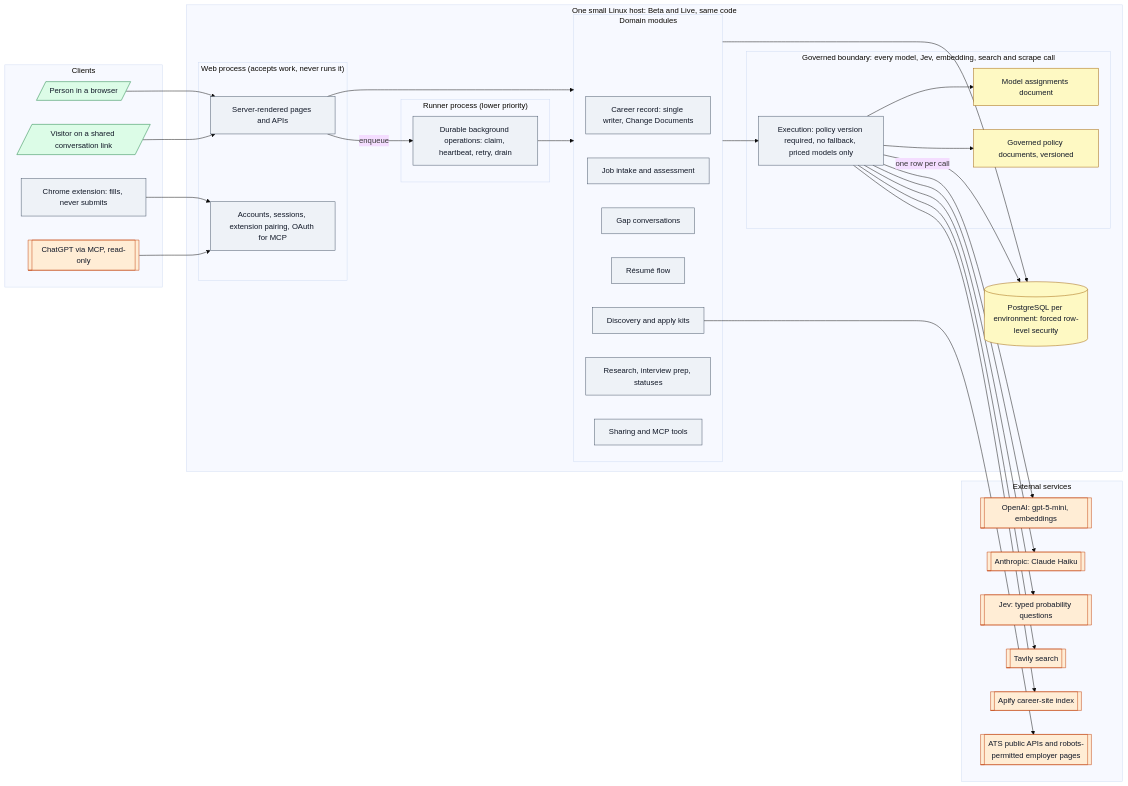
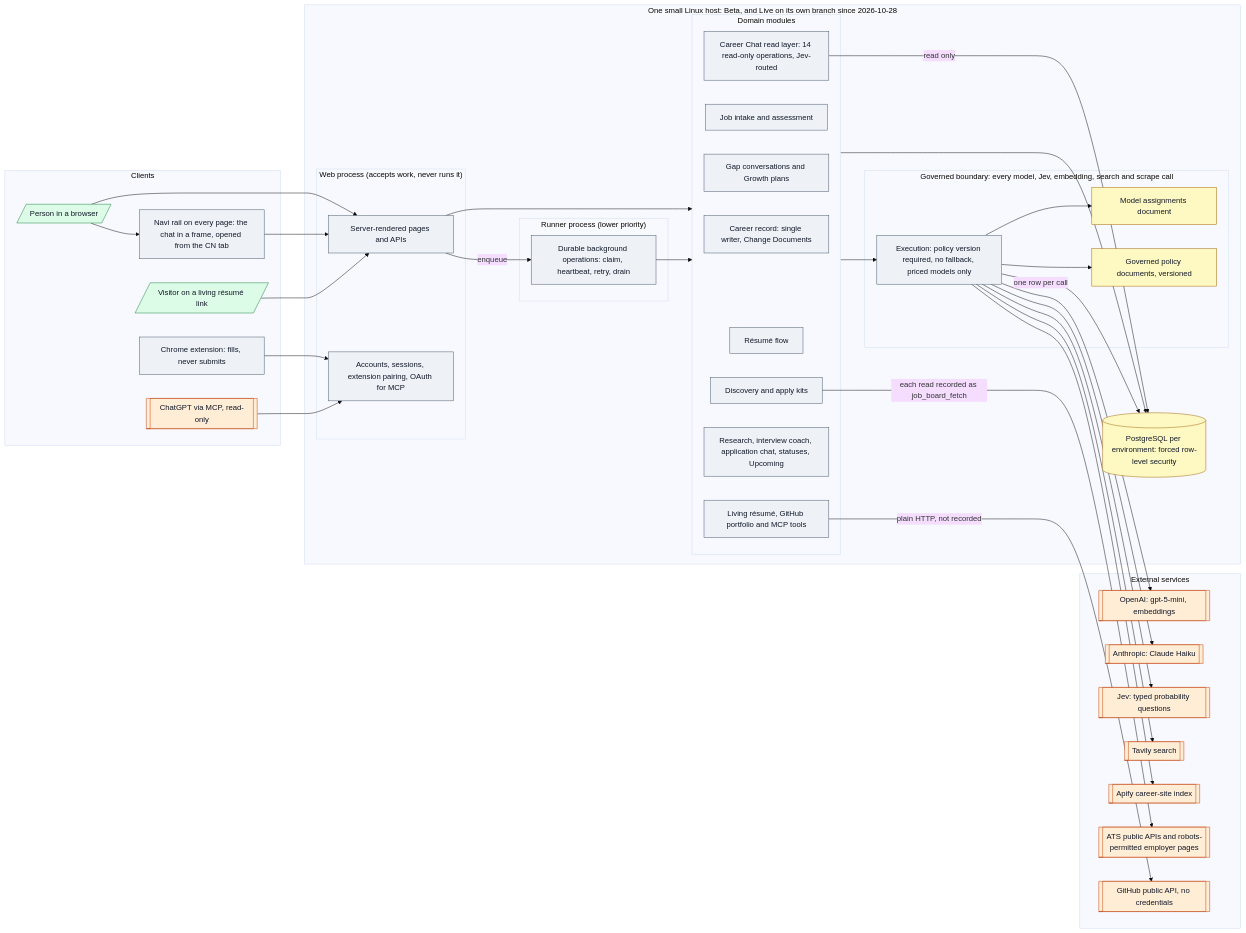
Before and after one commit to gabriellmortensen-a11y/career-navigator-portfolio: the diagram in architecture/01-components.md, drawn with Mermaid (base theme). The commit also changed other lines of this file and 63 other files, not shown here.

First line of the commit message:
Portfolio 2026.10.1: describes Live 00eac95 (2026-10-31)

````diff
--- a/architecture/01-components.md
+++ b/architecture/01-components.md
@@ -5,69 +5,76 @@
 ```mermaid
 flowchart LR
   subgraph Clients
     B[/Person in a browser/]:::human
+    RAIL["Navi rail on every page: the chat in a frame, opened from the CN tab"]:::det
     EXT[Chrome extension: fills, never submits]:::det
     GPT[[ChatGPT via MCP, read-only]]:::ext
-    VIS[/Visitor on a shared conversation link/]:::human
+    VIS[/Visitor on a living résumé link/]:::human
   end
 
-  subgraph Host["One small Linux host: Beta and Live, same code"]
+  subgraph Host["One small Linux host: Beta, and Live on its own branch since 2026-10-28"]
     subgraph Web["Web process (accepts work, never runs it)"]
       PAGES[Server-rendered pages and APIs]:::det
       AUTH[Accounts, sessions, extension pairing, OAuth for MCP]:::det
     end
     subgraph Runner["Runner process (lower priority)"]
       OPS[Durable background operations: claim, heartbeat, retry, drain]:::det
     end
     subgraph Domain["Domain modules"]
       REC[Career record: single writer, Change Documents]:::det
       JOB[Job intake and assessment]:::det
-      GAP[Gap conversations]:::det
+      GAP[Gap conversations and Growth plans]:::det
+      READS["Career Chat read layer: 14 read-only operations, Jev-routed"]:::det
       RES[Résumé flow]:::det
       DIS[Discovery and apply kits]:::det
-      JRN[Research, interview prep, statuses]:::det
-      SHR[Sharing and MCP tools]:::det
+      JRN[Research, interview coach, application chat, statuses, Upcoming]:::det
+      SHR[Living résumé, GitHub portfolio and MCP tools]:::det
     end
     subgraph Gov["Governed boundary: every model, Jev, embedding, search and scrape call"]
       EXE[Execution: policy version required, no fallback, priced models only]:::det
       ASSIGN[Model assignments document]:::store
       DOCS[Governed policy documents, versioned]:::store
     end
     DB[(PostgreSQL per environment: forced row-level security)]:::store
   end
 
   subgraph Outside["External services"]
     OAI[[OpenAI: gpt-5-mini, embeddings]]:::ext
     ANT[[Anthropic: Claude Haiku]]:::ext
     JEV[[Jev: typed probability questions]]:::ext
     TAV[[Tavily search]]:::ext
     APF[[Apify career-site index]]:::ext
     ATS[[ATS public APIs and robots-permitted employer pages]]:::ext
+    GH[[GitHub public API, no credentials]]:::ext
   end
 
   B --> PAGES
+  B --> RAIL
+  RAIL --> PAGES
   EXT --> AUTH
   GPT --> AUTH
   VIS --> PAGES
   PAGES -->|enqueue| OPS
   PAGES --> Domain
   OPS --> Domain
   Domain --> EXE
   EXE --> ASSIGN
   EXE --> DOCS
   EXE --> OAI
   EXE --> ANT
   EXE --> JEV
   EXE --> TAV
   EXE --> APF
-  DIS --> ATS
+  DIS -->|"each read recorded as job_board_fetch"| ATS
+  SHR -->|"plain HTTP, not recorded"| GH
+  READS -->|read only| DB
   Domain --> DB
   EXE -->|one row per call| DB
 
   classDef det fill:#eef2f7,stroke:#475569,color:#111827
   classDef jev fill:#ede9fe,stroke:#6d28d9,color:#111827
   classDef model fill:#dbeafe,stroke:#1d4ed8,color:#111827
   classDef human fill:#dcfce7,stroke:#15803d,color:#111827
   classDef store fill:#fef9c3,stroke:#a16207,color:#111827
   classDef ext fill:#ffedd5,stroke:#c2410c,color:#111827
 ```
````
